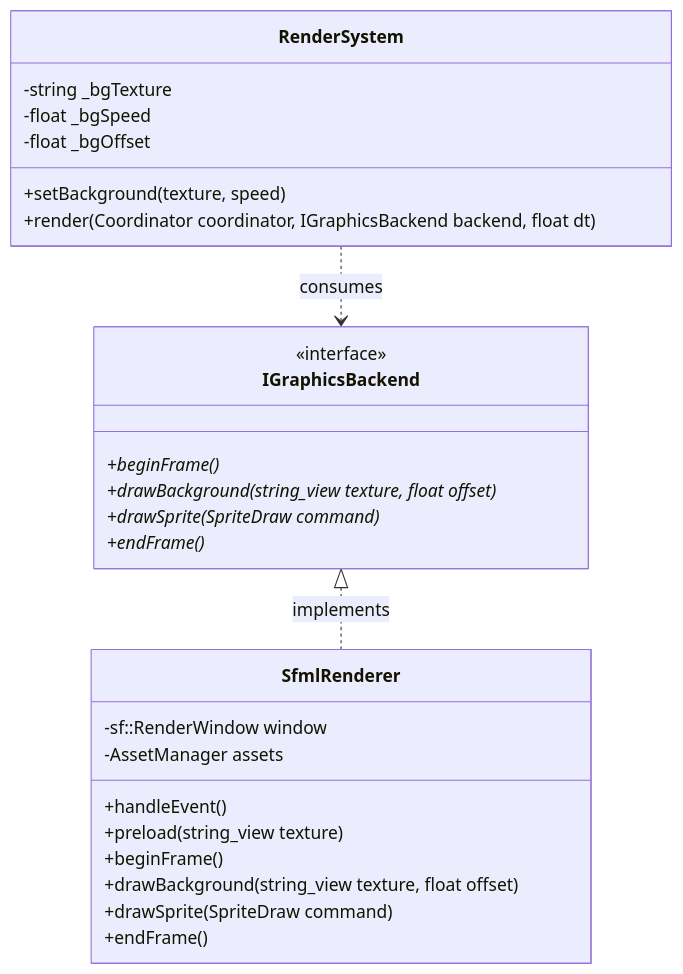
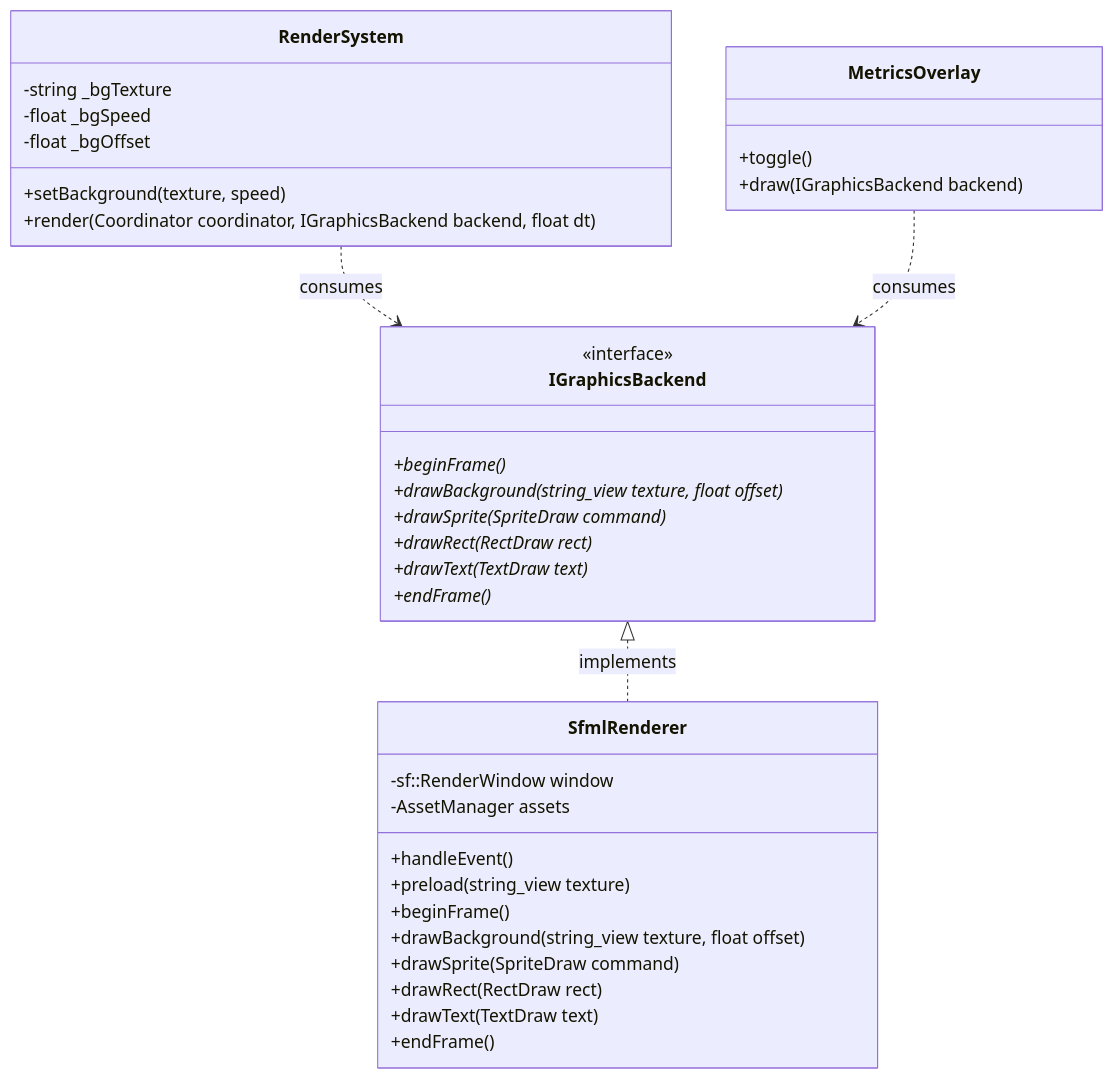
Before and after one commit to noambouillet/rtype: the third of 4 diagrams in docs/architecture.md, drawn with Mermaid. The commit also changed other lines of this file and 4 other files, not shown here.

Commit message:
feat: document the metrics, the overlay and how to reuse them

````diff
--- a/docs/architecture.md
+++ b/docs/architecture.md
@@ -107,32 +107,42 @@
 ```mermaid
 classDiagram
     class IGraphicsBackend {
         <<interface>>
         +beginFrame()*
         +drawBackground(string_view texture, float offset)*
         +drawSprite(SpriteDraw command)*
+        +drawRect(RectDraw rect)*
+        +drawText(TextDraw text)*
         +endFrame()*
     }
 
     class SfmlRenderer {
         -sf::RenderWindow window
         -AssetManager assets
         +handleEvent()
         +preload(string_view texture)
         +beginFrame()
         +drawBackground(string_view texture, float offset)
         +drawSprite(SpriteDraw command)
+        +drawRect(RectDraw rect)
+        +drawText(TextDraw text)
         +endFrame()
     }
 
     class RenderSystem {
         -string _bgTexture
         -float _bgSpeed
         -float _bgOffset
         +setBackground(texture, speed)
         +render(Coordinator coordinator, IGraphicsBackend backend, float dt)
     }
 
+    class MetricsOverlay {
+        +toggle()
+        +draw(IGraphicsBackend backend)
+    }
+
     IGraphicsBackend <|.. SfmlRenderer : implements
     RenderSystem ..> IGraphicsBackend : consumes
+    MetricsOverlay ..> IGraphicsBackend : consumes
 ```
````
